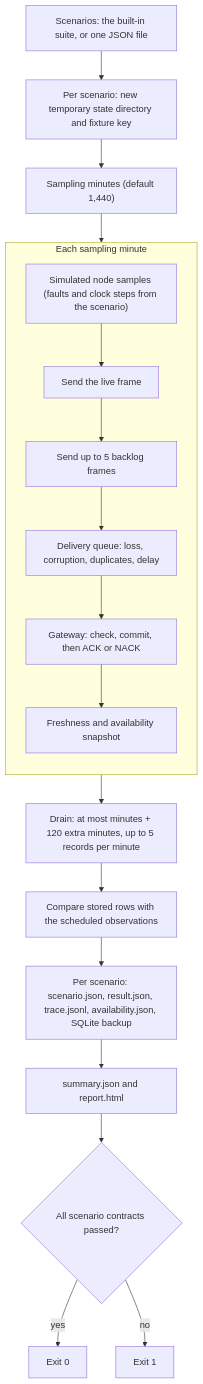
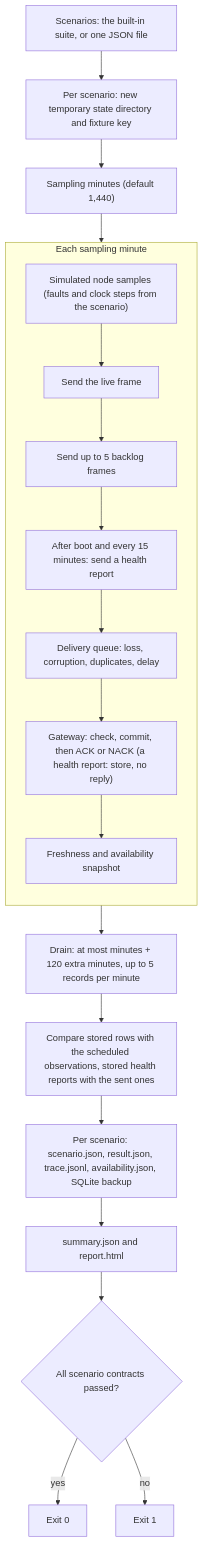
One commit to clintecker/weather-station-2026 changed the diagram in docs/simulation-harness.md. Above: the diagram before and after it, drawn with Mermaid. The commit also changed other lines of this file and 303 other files, not shown here.

````diff
--- a/docs/simulation-harness.md
+++ b/docs/simulation-harness.md
@@ -14,21 +14,22 @@
 ```mermaid
 flowchart TD
   IN["Scenarios: the built-in suite, or one JSON file"] --> SD["Per scenario: new temporary state directory and fixture key"]
   SD --> M["Sampling minutes (default 1,440)"]
   subgraph MIN["Each sampling minute"]
     direction TB
     S1["Simulated node samples (faults and clock steps from the scenario)"] --> S2["Send the live frame"]
     S2 --> S3["Send up to 5 backlog frames"]
-    S3 --> Q["Delivery queue: loss, corruption, duplicates, delay"]
-    Q --> G["Gateway: check, commit, then ACK or NACK"]
+    S3 --> H["After boot and every 15 minutes: send a health report"]
+    H --> Q["Delivery queue: loss, corruption, duplicates, delay"]
+    Q --> G["Gateway: check, commit, then ACK or NACK (a health report: store, no reply)"]
     G --> A["Freshness and availability snapshot"]
   end
   M --> MIN
   MIN --> DR["Drain: at most minutes + 120 extra minutes, up to 5 records per minute"]
-  DR --> EV["Compare stored rows with the scheduled observations"]
+  DR --> EV["Compare stored rows with the scheduled observations, stored health reports with the sent ones"]
   EV --> OUT["Per scenario: scenario.json, result.json, trace.jsonl, availability.json, SQLite backup"]
   OUT --> SUM["summary.json and report.html"]
   SUM --> EX{"All scenario contracts passed?"}
   EX -- yes --> E0["Exit 0"]
   EX -- no --> E1["Exit 1"]
 ```
````
